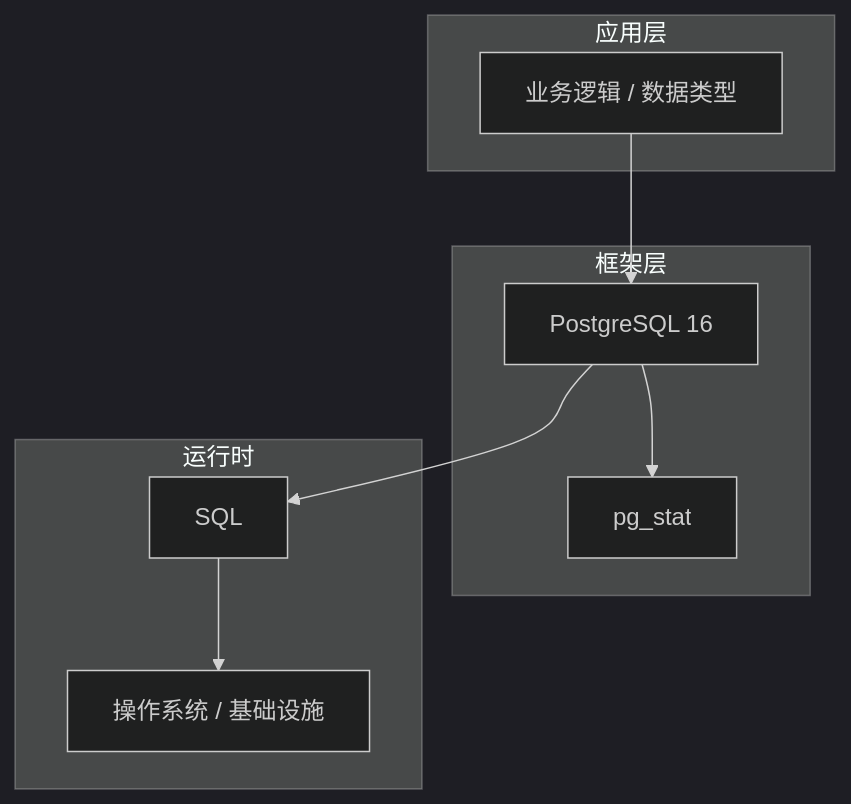
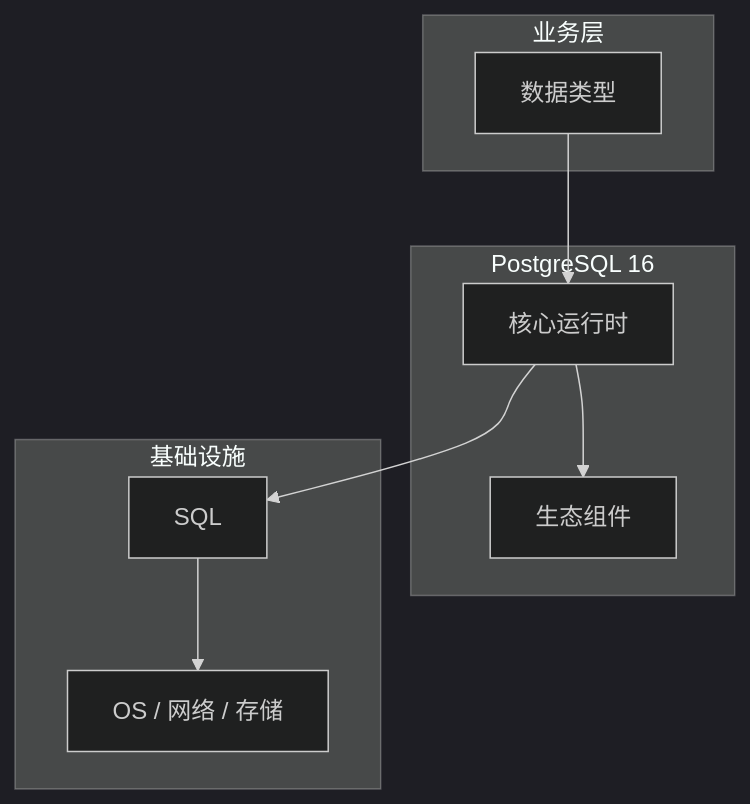
Before and after one commit to yanggan2015/knowledge-json-v2: the diagram in articles/PostgreSQL/chapters/013-数据类型核心概念与原理.md, drawn with Mermaid (dark theme). The commit also changed other lines of this file and 10127 other files, not shown here.

````diff
--- a/articles/PostgreSQL/chapters/013-数据类型核心概念与原理.md
+++ b/articles/PostgreSQL/chapters/013-数据类型核心概念与原理.md
@@ -45,18 +34,18 @@
 ```mermaid
 graph TB
-    subgraph 应用层
-        A[业务逻辑 / 数据类型]
+    subgraph 业务层
+        A[数据类型]
     end
-    subgraph 框架层
-        B[PostgreSQL 16]
-        C[pg_stat]
+    subgraph PostgreSQL 16
+        B[核心运行时]
+        C[生态组件]
     end
-    subgraph 运行时
+    subgraph 基础设施
         D[SQL]
-        E[操作系统 / 基础设施]
+        E[OS / 网络 / 存储]
     end
     A --> B
     B --> C
     B --> D
     D --> E
 ```
````
